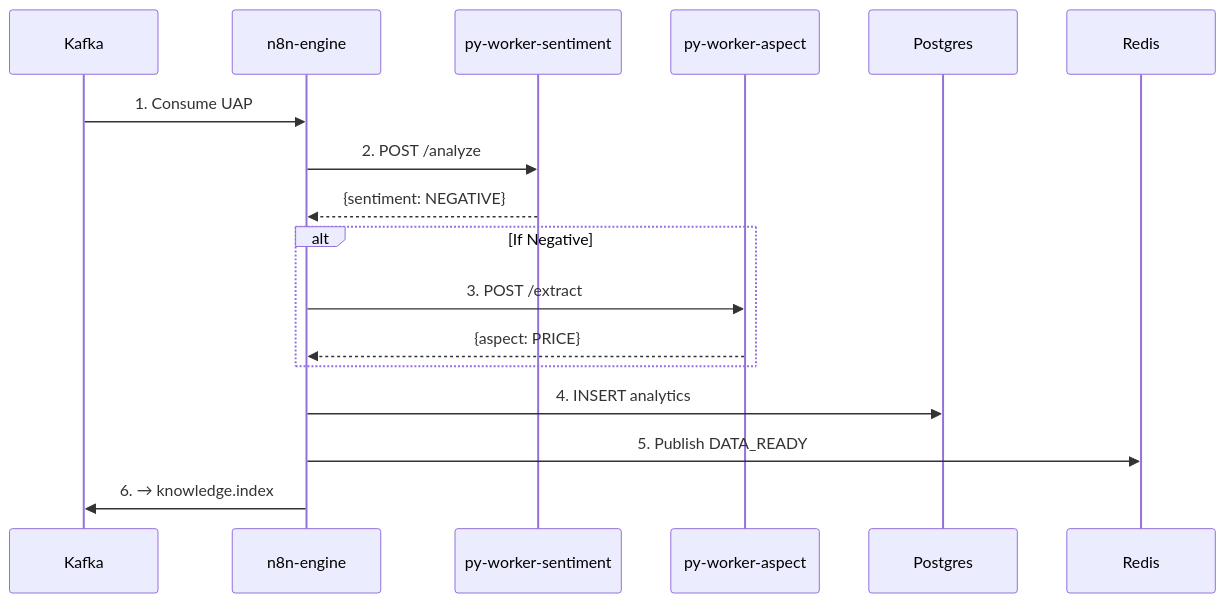
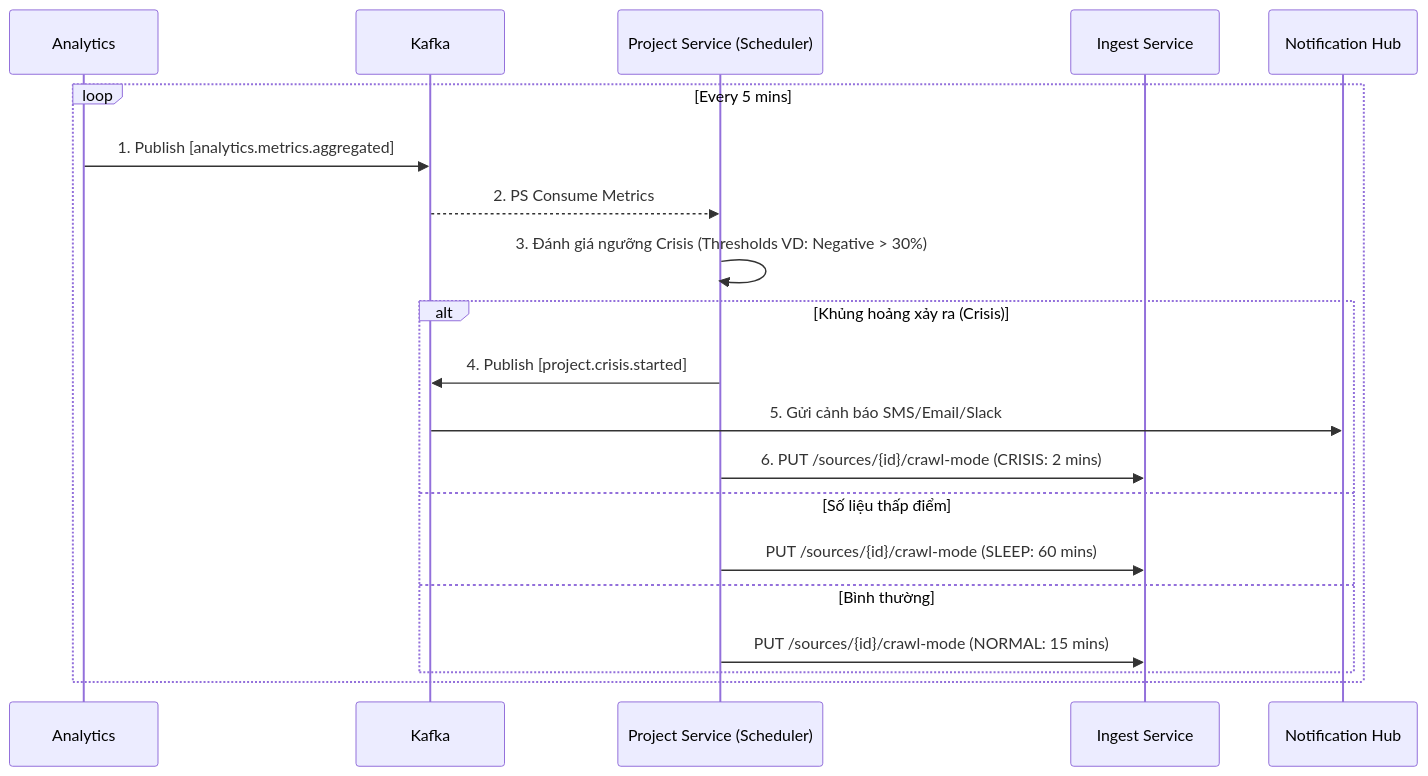
The seventh of 8 diagrams in documents/dataflow-detailed.md (smap-hcmut/report), drawn with Mermaid before and after one commit. The commit also changed other lines of this file and 1 other file, not shown here.

Commit message:
feat: Update data flow to v3.0, introduce new Auth and Analytics services, and implement the Campaign-Project-DataSource hierarchy.

````diff
--- a/documents/dataflow-detailed.md
+++ b/documents/dataflow-detailed.md
@@ -765,23 +278,24 @@
 ```mermaid
 sequenceDiagram
-    participant Kafka as Kafka
-    participant n8n as n8n-engine
-    participant Sent as py-worker-sentiment
-    participant Asp as py-worker-aspect
-    participant DB as Postgres
-    participant Redis as Redis
+    participant AS as Analytics
+    participant Kafka
+    participant PS as Project Service (Scheduler)
+    participant IS as Ingest Service
+    participant NH as Notification Hub
 
-    Kafka->>n8n: 1. Consume UAP
-
-    n8n->>Sent: 2. POST /analyze
-    Sent-->>n8n: {sentiment: NEGATIVE}
-
-    alt If Negative
-        n8n->>Asp: 3. POST /extract
-        Asp-->>n8n: {aspect: PRICE}
+    loop Every 5 mins
+        AS->>Kafka: 1. Publish [analytics.metrics.aggregated]
+        Kafka-->>PS: 2. PS Consume Metrics
+        PS->>PS: 3. Đánh giá ngưỡng Crisis (Thresholds VD: Negative > 30%)
+        
+        alt Khủng hoảng xảy ra (Crisis)
+            PS->>Kafka: 4. Publish [project.crisis.started]
+            Kafka->>NH: 5. Gửi cảnh báo SMS/Email/Slack
+            PS->>IS: 6. PUT /sources/{id}/crawl-mode (CRISIS: 2 mins)
+        else Số liệu thấp điểm
+            PS->>IS: PUT /sources/{id}/crawl-mode (SLEEP: 60 mins)
+        else Bình thường
+            PS->>IS: PUT /sources/{id}/crawl-mode (NORMAL: 15 mins)
+        end
     end
-
-    n8n->>DB: 4. INSERT analytics
-    n8n->>Redis: 5. Publish DATA_READY
-    n8n->>Kafka: 6. → knowledge.index
 ```
````
